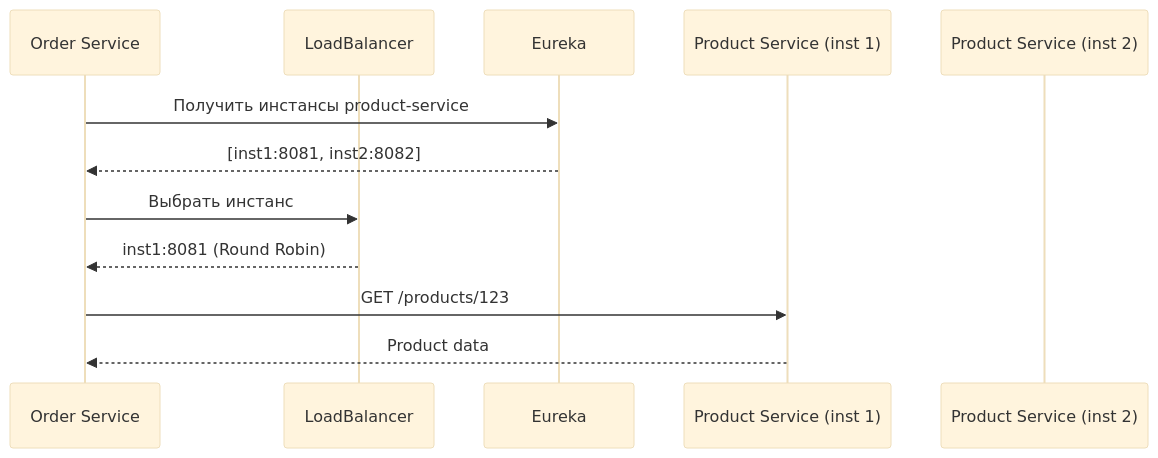
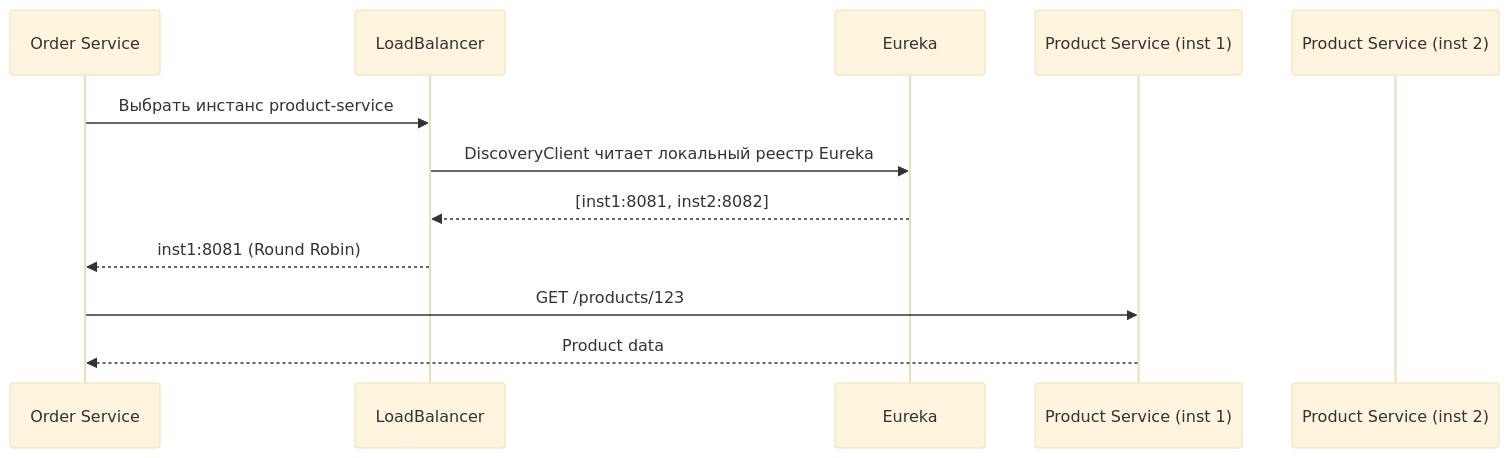
Before and after one commit to akeverus/cheat-sheet: diagram 14 of 19 in cheatsheets/interview/frameworks/spring/spring-cloud-interview.md, drawn with Mermaid (base theme). The commit also changed other lines of this file and 2 other files, not shown here.

````diff
--- a/cheatsheets/interview/frameworks/spring/spring-cloud-interview.md
+++ b/cheatsheets/interview/frameworks/spring/spring-cloud-interview.md
@@ -732,15 +850,15 @@
 ```mermaid
 sequenceDiagram
     participant C as Order Service
     participant LB as LoadBalancer
     participant E as Eureka
     participant P1 as Product Service (inst 1)
     participant P2 as Product Service (inst 2)
 
-    C->>E: Получить инстансы product-service
-    E-->>C: [inst1:8081, inst2:8082]
-    C->>LB: Выбрать инстанс
+    C->>LB: Выбрать инстанс product-service
+    LB->>E: DiscoveryClient читает локальный реестр Eureka
+    E-->>LB: [inst1:8081, inst2:8082]
     LB-->>C: inst1:8081 (Round Robin)
     C->>P1: GET /products/123
     P1-->>C: Product data
 ```
````
